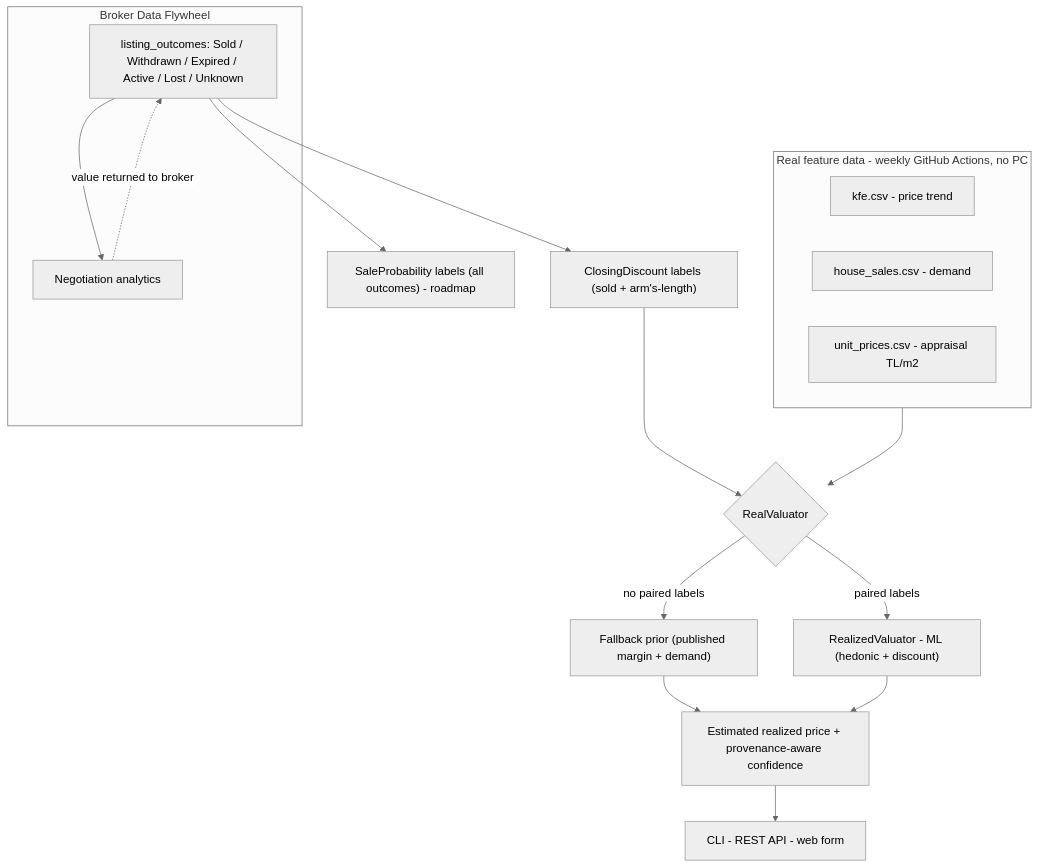
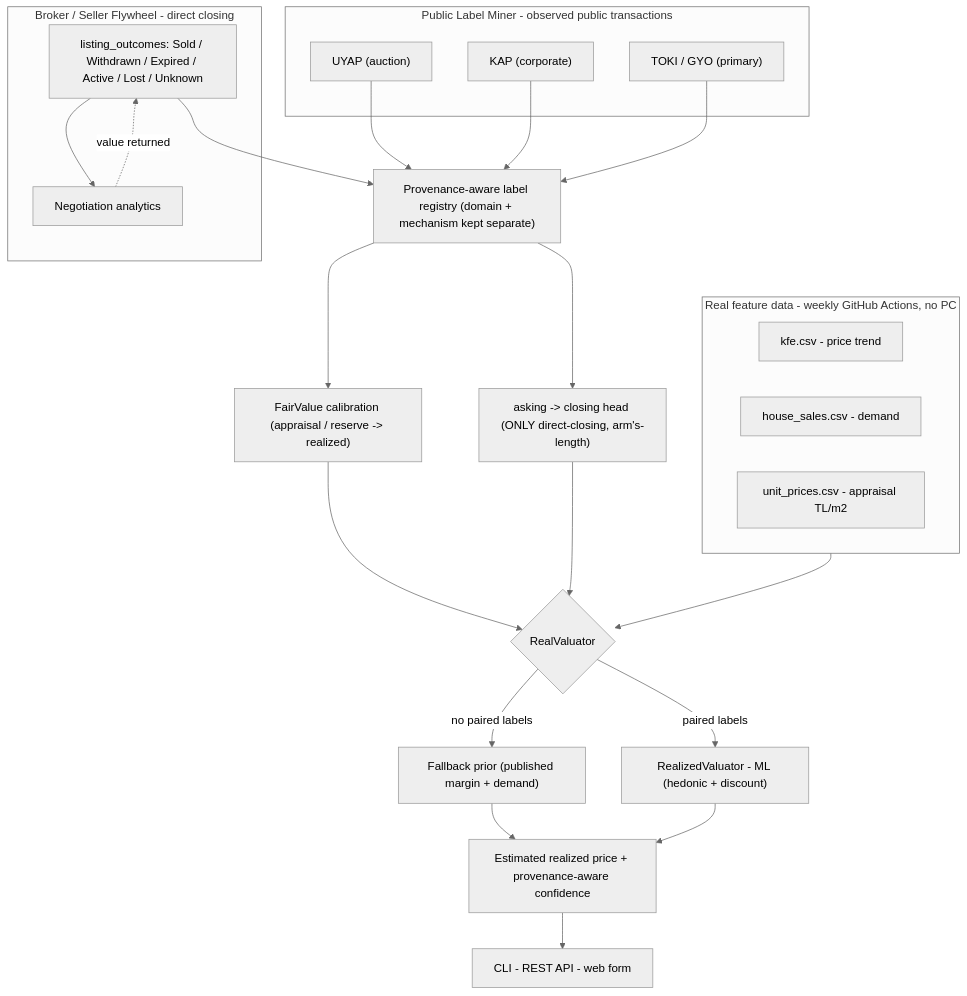
The diagram in README.md (onatozmenn/sold), drawn with Mermaid (neutral theme) before and after one commit. The commit also changed other lines of this file and 6 other files, not shown here.

Commit message:
feat: Public Label Bootstrap - provenance-aware realized-price registry + UYAP/KAP/TOKI miner adapters; strict domain separation (asking->closing never sees public domains)

````diff
--- a/README.md
+++ b/README.md
@@ -60,24 +61,34 @@
 ```mermaid
 flowchart TD
     subgraph FEATURES["Real feature data - weekly GitHub Actions, no PC"]
         B1["kfe.csv - price trend"]
         B2["house_sales.csv - demand"]
         B3["unit_prices.csv - appraisal TL/m2"]
     end
 
-    subgraph FLYWHEEL["Broker Data Flywheel"]
+    subgraph MINER["Public Label Miner - observed public transactions"]
+        U["UYAP (auction)"]
+        K["KAP (corporate)"]
+        T["TOKI / GYO (primary)"]
+    end
+
+    subgraph FLYWHEEL["Broker / Seller Flywheel - direct closing"]
         O["listing_outcomes: Sold / Withdrawn / Expired / Active / Lost / Unknown"]
         AN["Negotiation analytics"]
         O --> AN
-        AN -. value returned to broker .-> O
+        AN -. value returned .-> O
     end
-    O --> L1["ClosingDiscount labels (sold + arm's-length)"]
-    O --> L2["SaleProbability labels (all outcomes) - roadmap"]
+
+    U & K & T --> REG["Provenance-aware label registry (domain + mechanism kept separate)"]
+    O --> REG
+    REG --> FV["FairValue calibration (appraisal / reserve -> realized)"]
+    REG --> A2C["asking -> closing head (ONLY direct-closing, arm's-length)"]
 
     FEATURES --> C{RealValuator}
-    L1 --> C
+    FV --> C
+    A2C --> C
     C -->|no paired labels| E["Fallback prior (published margin + demand)"]
-    C -->|paired labels| F["RealizedValuator - ML (hedonic + discount)"]
-    E & F --> G["Estimated realized price + provenance-aware confidence"]
+    C -->|paired labels| Fm["RealizedValuator - ML (hedonic + discount)"]
+    E & Fm --> G["Estimated realized price + provenance-aware confidence"]
     G --> H["CLI - REST API - web form"]
 ```
````
